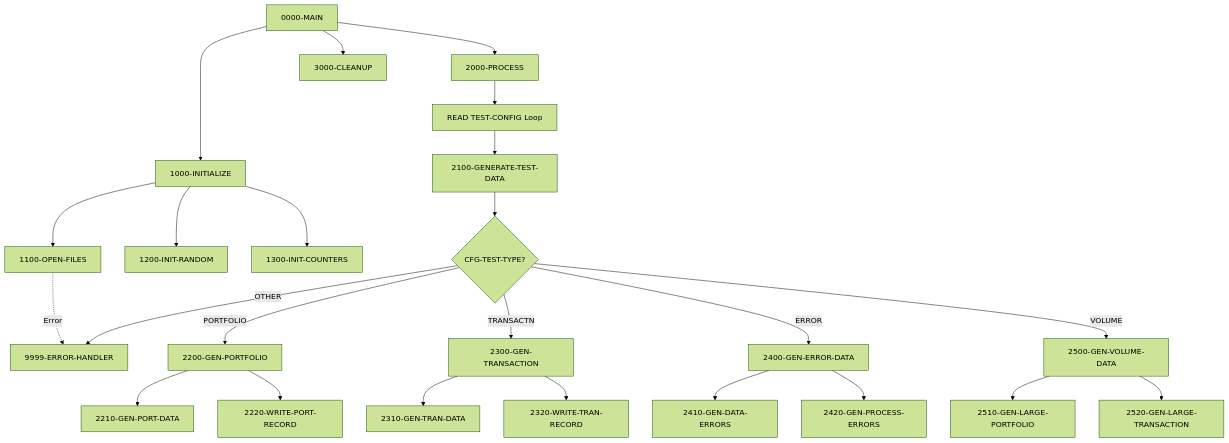
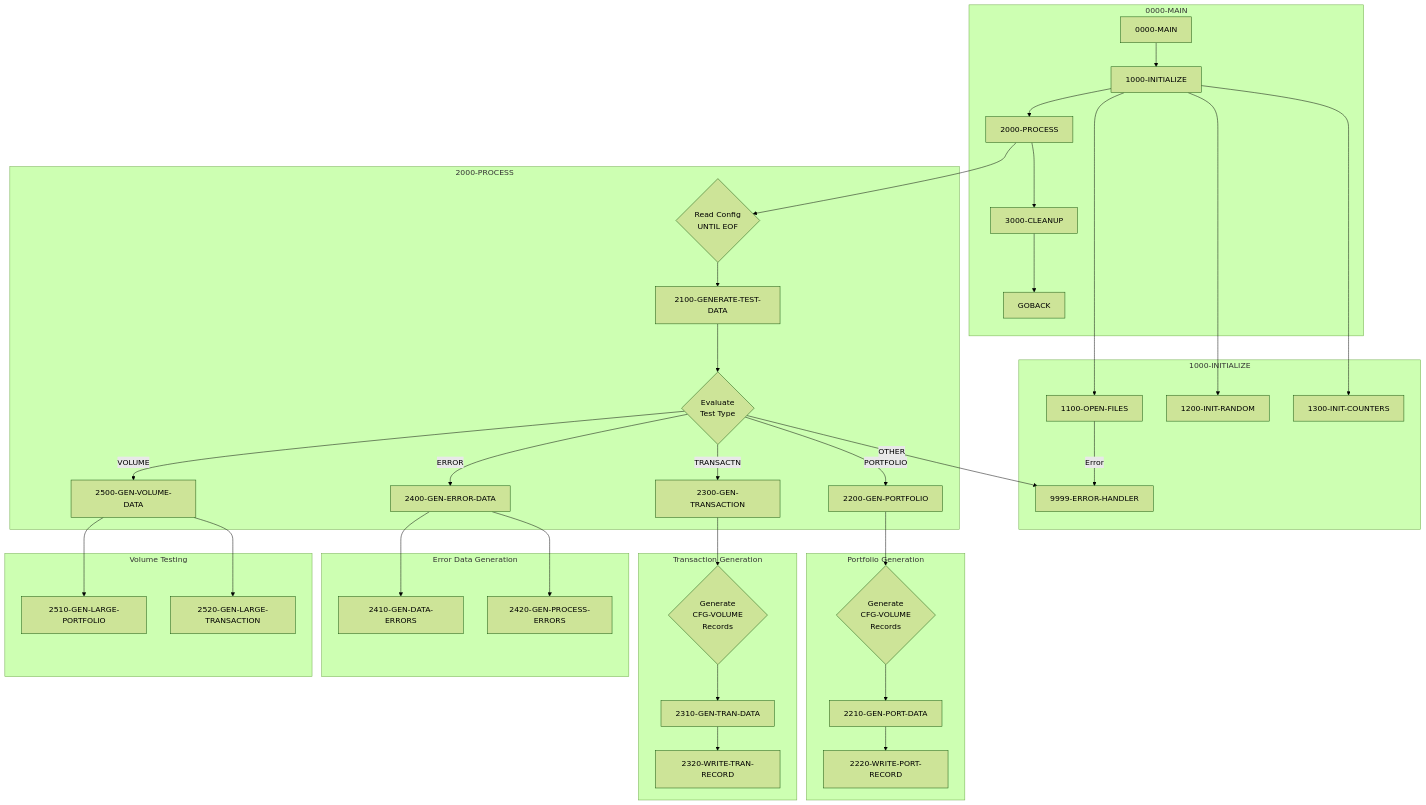
Before and after one commit to haladir-com/legacy-benchmark-docs-vb70e1: the diagram in docs/programs/TSTGEN00.mdx, drawn with Mermaid (forest theme). The commit also changed other lines of this file and 64 other files, not shown here.

````diff
--- a/docs/programs/TSTGEN00.mdx
+++ b/docs/programs/TSTGEN00.mdx
@@ -29,34 +21,49 @@
 ```mermaid
 graph TD
-    A[0000-MAIN] --> B[1000-INITIALIZE]
-    A --> C[2000-PROCESS]
-    A --> D[3000-CLEANUP]
+    subgraph "0000-MAIN"
+        MAIN[0000-MAIN] --> INIT[1000-INITIALIZE]
+        INIT --> PROC[2000-PROCESS]
+        PROC --> CLEAN[3000-CLEANUP]
+        CLEAN --> GOBACK[GOBACK]
+    end
     
-    B --> B1[1100-OPEN-FILES]
-    B --> B2[1200-INIT-RANDOM]
-    B --> B3[1300-INIT-COUNTERS]
+    subgraph "1000-INITIALIZE"
+        INIT --> OPEN[1100-OPEN-FILES]
+        OPEN --> |Error| ERR[9999-ERROR-HANDLER]
+        INIT --> RAND[1200-INIT-RANDOM]
+        INIT --> COUNT[1300-INIT-COUNTERS]
+    end
     
-    B1 -.->|Error| E[9999-ERROR-HANDLER]
+    subgraph "2000-PROCESS"
+        PROC --> LOOP{Read Config<br/>UNTIL EOF}
+        LOOP --> GEN[2100-GENERATE-TEST-DATA]
+        GEN --> EVAL{Evaluate<br/>Test Type}
+        EVAL --> |PORTFOLIO| PORT[2200-GEN-PORTFOLIO]
+        EVAL --> |TRANSACTN| TRAN[2300-GEN-TRANSACTION]
+        EVAL --> |ERROR| ERRG[2400-GEN-ERROR-DATA]
+        EVAL --> |VOLUME| VOL[2500-GEN-VOLUME-DATA]
+        EVAL --> |OTHER| ERR
+    end
     
-    C --> C1[READ TEST-CONFIG Loop]
-    C1 --> C2[2100-GENERATE-TEST-DATA]
+    subgraph "Portfolio Generation"
+        PORT --> PORTLOOP{Generate<br/>CFG-VOLUME<br/>Records}
+        PORTLOOP --> PORTDATA[2210-GEN-PORT-DATA]
+        PORTDATA --> PORTWRITE[2220-WRITE-PORT-RECORD]
+    end
     
-    C2 --> C3{CFG-TEST-TYPE?}
-    C3 -->|PORTFOLIO| C4[2200-GEN-PORTFOLIO]
-    C3 -->|TRANSACTN| C5[2300-GEN-TRANSACTION]
-    C3 -->|ERROR| C6[2400-GEN-ERROR-DATA]
-    C3 -->|VOLUME| C7[2500-GEN-VOLUME-DATA]
-    C3 -->|OTHER| E
+    subgraph "Transaction Generation"
+        TRAN --> TRANLOOP{Generate<br/>CFG-VOLUME<br/>Records}
+        TRANLOOP --> TRANDATA[2310-GEN-TRAN-DATA]
+        TRANDATA --> TRANWRITE[2320-WRITE-TRAN-RECORD]
+    end
     
-    C4 --> C4A[2210-GEN-PORT-DATA]
-    C4 --> C4B[2220-WRITE-PORT-RECORD]
+    subgraph "Error Data Generation"
+        ERRG --> DATAERR[2410-GEN-DATA-ERRORS]
+        ERRG --> PROCERR[2420-GEN-PROCESS-ERRORS]
+    end
     
-    C5 --> C5A[2310-GEN-TRAN-DATA]
-    C5 --> C5B[2320-WRITE-TRAN-RECORD]
-    
-    C6 --> C6A[2410-GEN-DATA-ERRORS]
-    C6 --> C6B[2420-GEN-PROCESS-ERRORS]
-    
-    C7 --> C7A[2510-GEN-LARGE-PORTFOLIO]
-    C7 --> C7B[2520-GEN-LARGE-TRANSACTION]
+    subgraph "Volume Testing"
+        VOL --> VOLPORT[2510-GEN-LARGE-PORTFOLIO]
+        VOL --> VOLTRAN[2520-GEN-LARGE-TRANSACTION]
+    end
 ```
````
